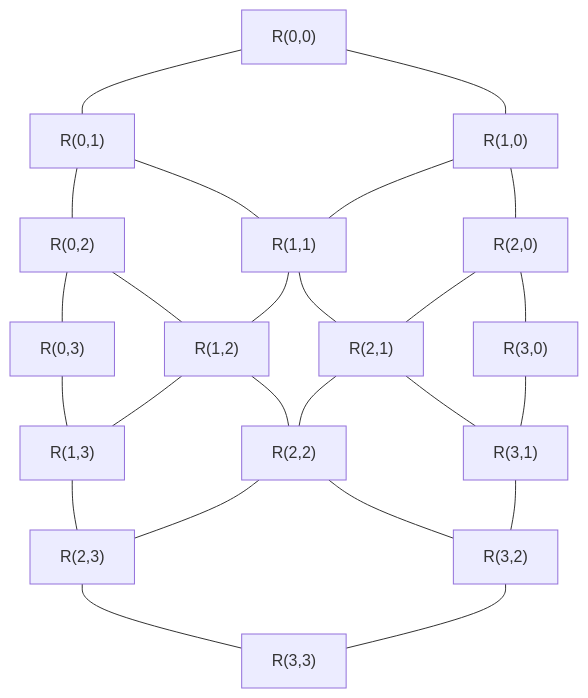
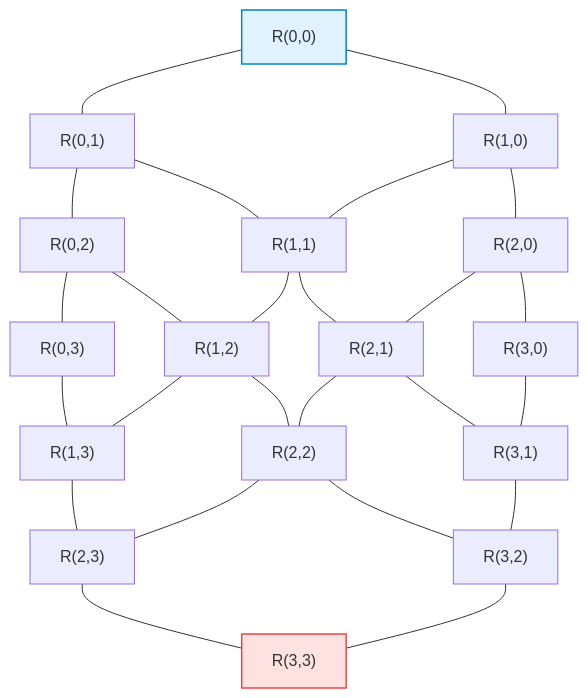
The first of 3 diagrams in docs/track3-topologies/01-direct-topologies.md (network-on-chip/learning), drawn with Mermaid before and after one commit. The commit also changed other lines of this file and 11 other files, not shown here.

````diff
--- a/docs/track3-topologies/01-direct-topologies.md
+++ b/docs/track3-topologies/01-direct-topologies.md
@@ -11,12 +34,15 @@
 ```mermaid
 graph TD
   R00["R(0,0)"] --- R10["R(1,0)"] --- R20["R(2,0)"] --- R30["R(3,0)"]
   R01["R(0,1)"] --- R11["R(1,1)"] --- R21["R(2,1)"] --- R31["R(3,1)"]
   R02["R(0,2)"] --- R12["R(1,2)"] --- R22["R(2,2)"] --- R32["R(3,2)"]
   R03["R(0,3)"] --- R13["R(1,3)"] --- R23["R(2,3)"] --- R33["R(3,3)"]
 
   R00 --- R01 --- R02 --- R03
   R10 --- R11 --- R12 --- R13
   R20 --- R21 --- R22 --- R23
   R30 --- R31 --- R32 --- R33
+
+  style R00 fill:#e0f2fe,stroke:#0284c7,stroke-width:1.5px;
+  style R33 fill:#fee2e2,stroke:#ef4444,stroke-width:1.5px;
 ```
````
